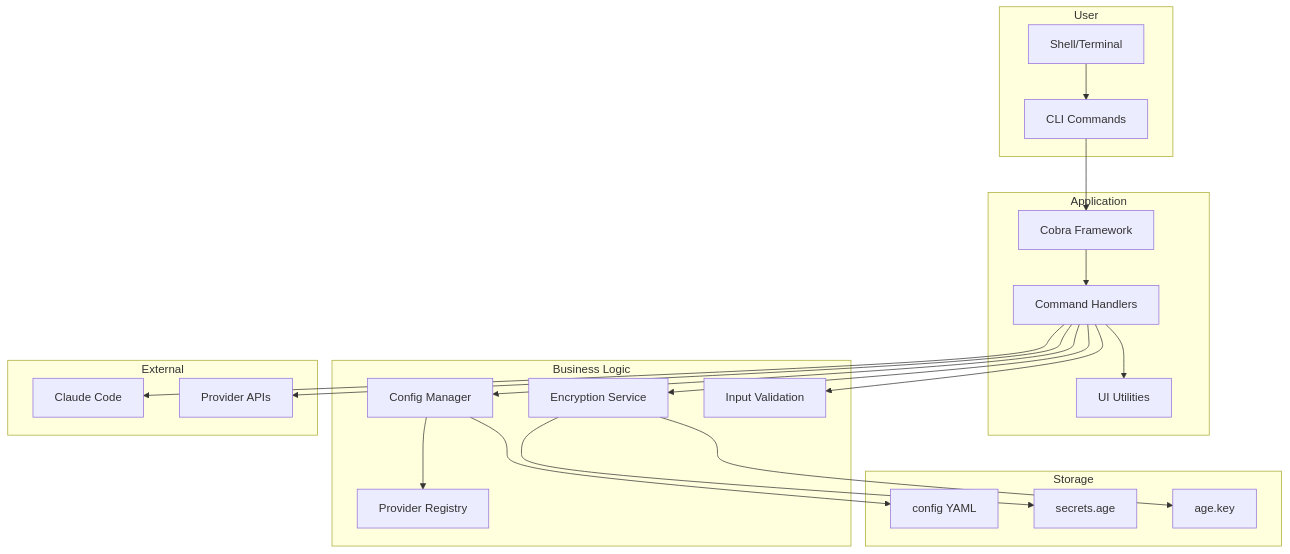
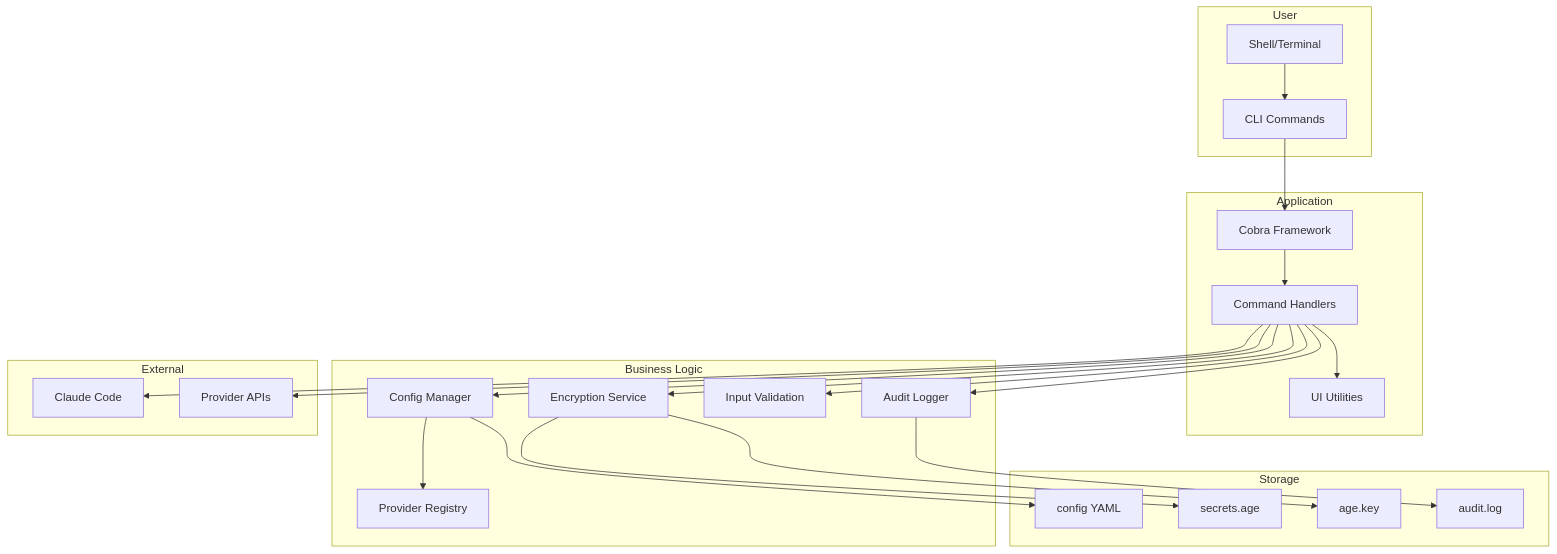
Before and after one commit to dkmnx/kairo: the first of 6 diagrams in docs/architecture/README.md, drawn with Mermaid. The commit also changed other lines of this file and 5 other files, not shown here.

First line of the commit message:
docs: update documentation for audit feature and architecture

````diff
--- a/docs/architecture/README.md
+++ b/docs/architecture/README.md
@@ -9,45 +15,49 @@
 ```mermaid
 flowchart TB
     subgraph User
         CLI[CLI Commands]
         Shell[Shell/Terminal]
     end
 
     subgraph Application
         Cobra[Cobra Framework]
         Commands[Command Handlers]
         UI[UI Utilities]
     end
 
     subgraph Business Logic
         Config[Config Manager]
         Crypto[Encryption Service]
         Providers[Provider Registry]
         Validate[Input Validation]
+        Audit[Audit Logger]
     end
 
     subgraph Storage
         ConfigFile[config YAML]
         SecretsAge[secrets.age]
         AgeKey[age.key]
+        AuditLog[audit.log]
     end
 
     subgraph External
         Claude[Claude Code]
         APIs[Provider APIs]
     end
 
     Shell --> CLI
     CLI --> Cobra
     Cobra --> Commands
     Commands --> UI
     Commands --> Config
     Commands --> Crypto
     Commands --> Validate
+    Commands --> Audit
     Config --> ConfigFile
     Crypto --> SecretsAge
     Crypto --> AgeKey
+    Audit --> AuditLog
     Config --> Providers
     Commands --> APIs
     Commands --> Claude
 ```
````
